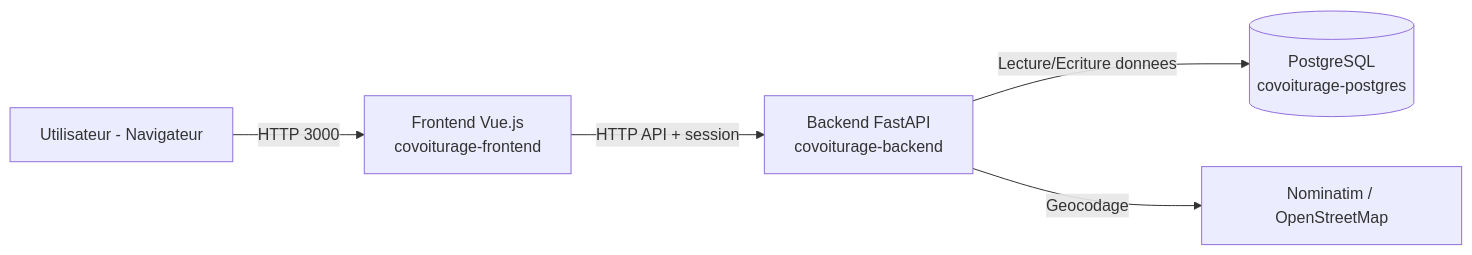
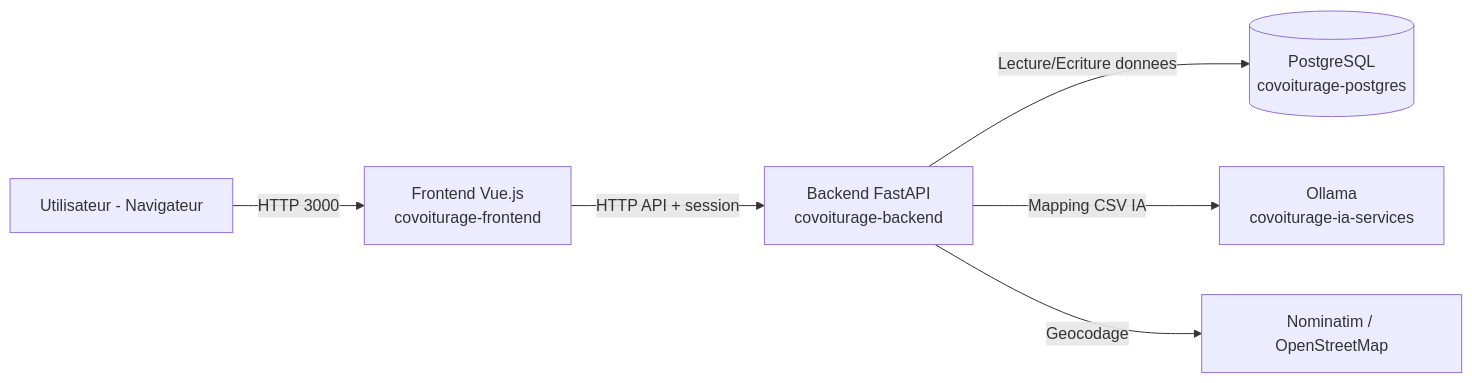
One commit to NaelFares/CNAM-I2-Project changed the first of 2 diagrams in doc/ARCHITECTURE.md. Above: the diagram before and after it, drawn with Mermaid. The commit also changed other lines of this file and 39 other files, not shown here.

````diff
--- a/doc/ARCHITECTURE.md
+++ b/doc/ARCHITECTURE.md
@@ -12,7 +13,8 @@
 ```mermaid
 flowchart LR
   U[Utilisateur - Navigateur] -->|HTTP 3000| FE[Frontend Vue.js\ncovoiturage-frontend]
   FE -->|HTTP API + session| BE[Backend FastAPI\ncovoiturage-backend]
   BE -->|Lecture/Ecriture donnees| DB[(PostgreSQL\ncovoiturage-postgres)]
+  BE -->|Mapping CSV IA| IA[Ollama\ncovoiturage-ia-services]
   BE -->|Geocodage| GEO[Nominatim / OpenStreetMap]
 ```
````
